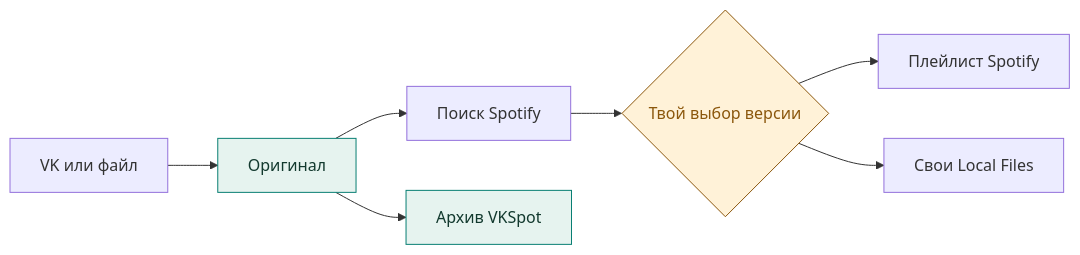
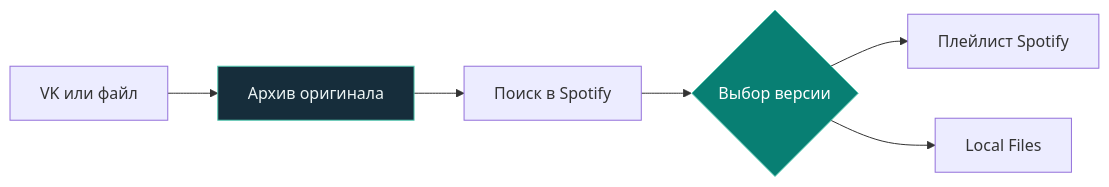
Before and after one commit to Matvey77/VKSpot: the diagram in README.md, drawn with Mermaid. The commit also changed other lines of this file, not shown here.

````diff
--- a/README.md
+++ b/README.md
@@ -115,14 +57,11 @@
 ```mermaid
 flowchart LR
-    A[VK или файл] --> B[Оригинал]
-    B --> C[Поиск Spotify]
-    C --> D{Твой выбор версии}
-    D --> E[Плейлист Spotify]
-    D --> F[Свои Local Files]
-    B --> G[Архив VKSpot]
+    A["VK или файл"] --> B["Архив оригинала"]
+    B --> C["Поиск в Spotify"]
+    C --> D{"Выбор версии"}
+    D --> E["Плейлист Spotify"]
+    D --> F["Local Files"]
 
-    classDef archive fill:#e6f3ef,stroke:#087f73,color:#12392e
-    classDef review fill:#fff2d8,stroke:#8b570c,color:#8b570c
-    class B,G archive
-    class D review
+    style B fill:#162d3b,stroke:#54cbb2,color:#edf5f5
+    style D fill:#087f73,stroke:#54cbb2,color:#ffffff
 ```
````
